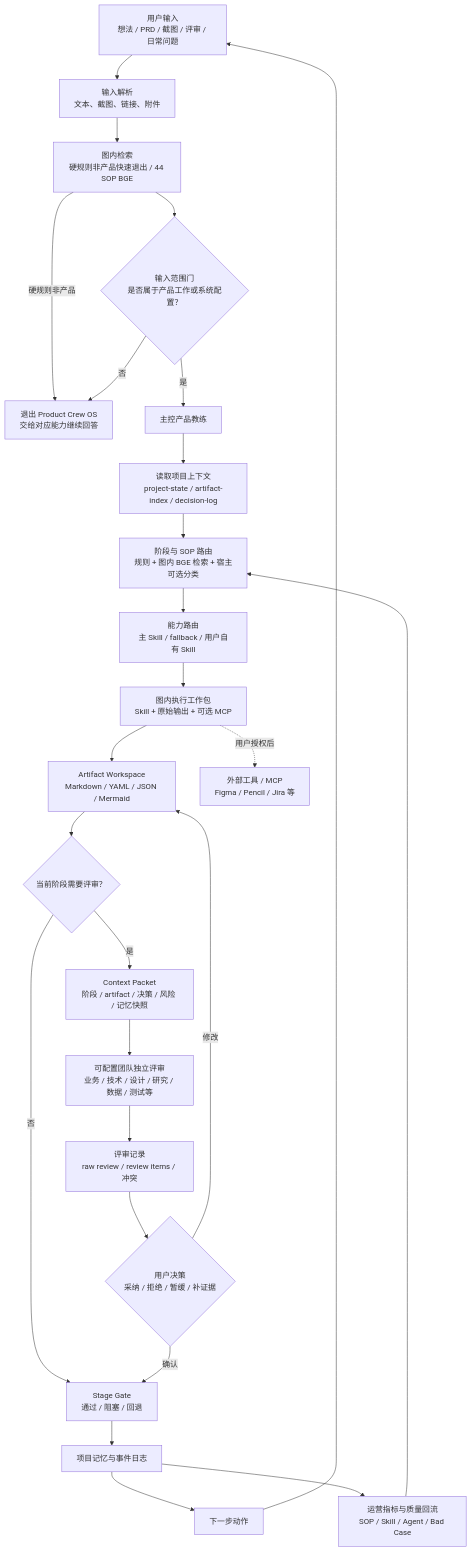
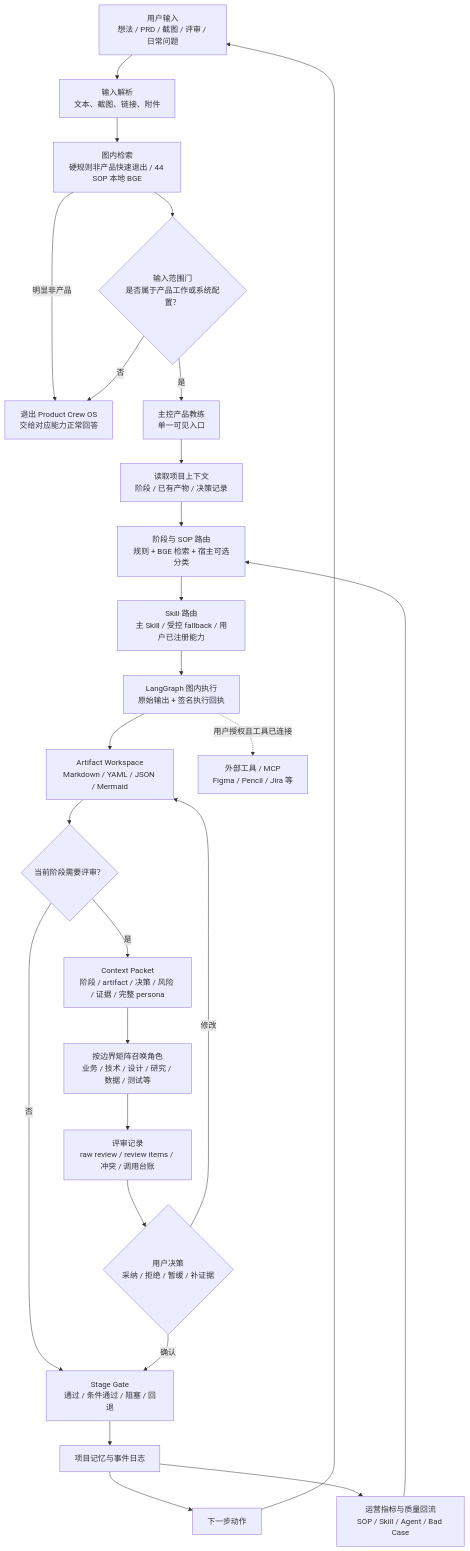
The second of 4 diagrams in README.md (BreezeTong77/product-crew-os), drawn with Mermaid before and after one commit. The commit also changed other lines of this file, not shown here.

Commit message:
docs: restore structured product README

````diff
--- a/README.md
+++ b/README.md
@@ -52,32 +83,32 @@
 ```mermaid
 flowchart TB
-  U["用户输入\n想法 / PRD / 截图 / 评审 / 日常问题"] --> PARSE["输入解析\n文本、截图、链接、附件"]
-  PARSE --> RETRIEVE["图内检索\n硬规则非产品快速退出 / 44 SOP BGE"]
-  RETRIEVE --> DG{"输入范围门\n是否属于产品工作或系统配置？"}
-  RETRIEVE -- "硬规则非产品" --> EXIT["退出 Product Crew OS\n交给对应能力继续回答"]
+  U["用户输入<br/>想法 / PRD / 截图 / 评审 / 日常问题"] --> PARSE["输入解析<br/>文本、截图、链接、附件"]
+  PARSE --> RETRIEVE["图内检索<br/>硬规则非产品快速退出 / 44 SOP 本地 BGE"]
+  RETRIEVE --> DG{"输入范围门<br/>是否属于产品工作或系统配置？"}
+  RETRIEVE -- "明显非产品" --> EXIT["退出 Product Crew OS<br/>交给对应能力正常回答"]
   DG -- "否" --> EXIT
-  DG -- "是" --> COACH["主控产品教练"]
+  DG -- "是" --> COACH["主控产品教练<br/>单一可见入口"]
 
-  COACH --> STATE["读取项目上下文\nproject-state / artifact-index / decision-log"]
-  STATE --> ROUTE["阶段与 SOP 路由\n规则 + 图内 BGE 检索 + 宿主可选分类"]
-  ROUTE --> SKILL["能力路由\n主 Skill / fallback / 用户自有 Skill"]
-  SKILL --> WORK["图内执行工作包\nSkill + 原始输出 + 可选 MCP"]
-  WORK --> ART["Artifact Workspace\nMarkdown / YAML / JSON / Mermaid"]
+  COACH --> STATE["读取项目上下文<br/>阶段 / 已有产物 / 决策记录"]
+  STATE --> ROUTE["阶段与 SOP 路由<br/>规则 + BGE 检索 + 宿主可选分类"]
+  ROUTE --> SKILL["Skill 路由<br/>主 Skill / 受控 fallback / 用户已注册能力"]
+  SKILL --> WORK["LangGraph 图内执行<br/>原始输出 + 签名执行回执"]
+  WORK --> ART["Artifact Workspace<br/>Markdown / YAML / JSON / Mermaid"]
 
   ART --> REVIEW{"当前阶段需要评审？"}
-  REVIEW -- "否" --> GATE["Stage Gate\n通过 / 阻塞 / 回退"]
-  REVIEW -- "是" --> PACKET["Context Packet\n阶段 / artifact / 决策 / 风险 / 记忆快照"]
-  PACKET --> CREW["可配置团队独立评审\n业务 / 技术 / 设计 / 研究 / 数据 / 测试等"]
-  CREW --> RECORD["评审记录\nraw review / review items / 冲突"]
-  RECORD --> USER{"用户决策\n采纳 / 拒绝 / 暂缓 / 补证据"}
+  REVIEW -- "否" --> GATE["Stage Gate<br/>通过 / 条件通过 / 阻塞 / 回退"]
+  REVIEW -- "是" --> PACKET["Context Packet<br/>阶段 / artifact / 决策 / 风险 / 证据 / 完整 persona"]
+  PACKET --> CREW["按边界矩阵召唤角色<br/>业务 / 技术 / 设计 / 研究 / 数据 / 测试等"]
+  CREW --> RECORD["评审记录<br/>raw review / review items / 冲突 / 调用台账"]
+  RECORD --> USER{"用户决策<br/>采纳 / 拒绝 / 暂缓 / 补证据"}
   USER -- "修改" --> ART
   USER -- "确认" --> GATE
 
   GATE --> MEMORY["项目记忆与事件日志"]
   MEMORY --> NEXT["下一步动作"]
   NEXT --> U
 
-  WORK -. "用户授权后" .-> MCP["外部工具 / MCP\nFigma / Pencil / Jira 等"]
-  MEMORY --> EVAL["运营指标与质量回流\nSOP / Skill / Agent / Bad Case"]
+  WORK -. "用户授权且工具已连接" .-> MCP["外部工具 / MCP<br/>Figma / Pencil / Jira 等"]
+  MEMORY --> EVAL["运营指标与质量回流<br/>SOP / Skill / Agent / Bad Case"]
   EVAL --> ROUTE
 ```
````
